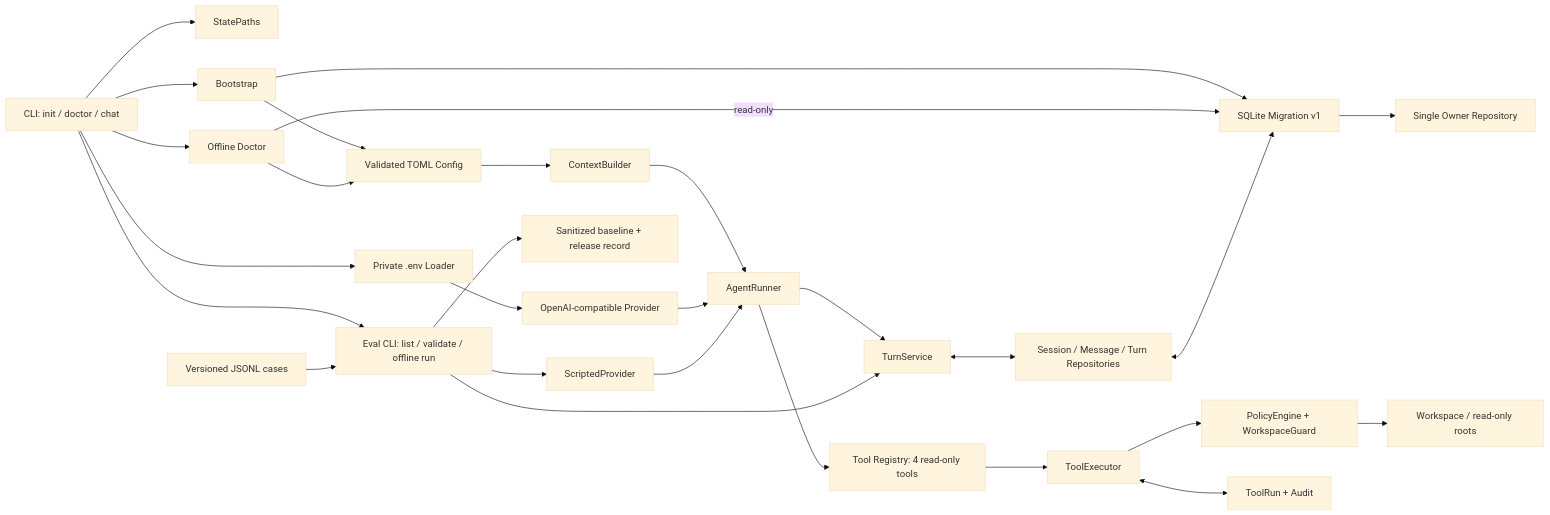
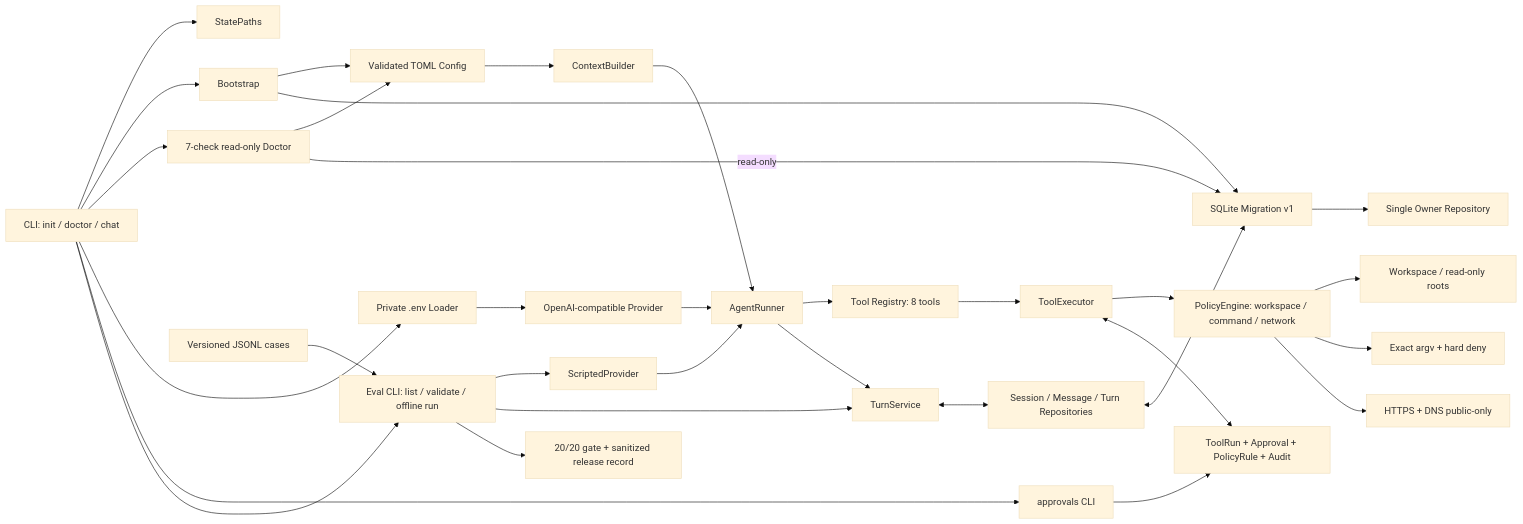
Before and after one commit to NEDONION/lobster0: the first of 5 diagrams in docs/architecture/20260807_系统架构.md, drawn with Mermaid (base theme). The commit also changed other lines of this file and 19 other files, not shown here.

````diff
--- a/docs/architecture/20260807_系统架构.md
+++ b/docs/architecture/20260807_系统架构.md
@@ -8,30 +9,34 @@
 ```mermaid
 flowchart LR
     CLI["CLI: init / doctor / chat"] --> PATHS["StatePaths"]
     CLI --> BOOTSTRAP["Bootstrap"]
     BOOTSTRAP --> CONFIG["Validated TOML Config"]
     BOOTSTRAP --> MIGRATION["SQLite Migration v1"]
     MIGRATION --> OWNER["Single Owner Repository"]
-    CLI --> DOCTOR["Offline Doctor"]
+    CLI --> DOCTOR["7-check read-only Doctor"]
     DOCTOR --> CONFIG
     DOCTOR -->|"read-only"| MIGRATION
     CLI --> ENV["Private .env Loader"]
     ENV --> PROVIDER["OpenAI-compatible Provider"]
     CONFIG --> CONTEXT["ContextBuilder"]
     CONTEXT --> RUNNER["AgentRunner"]
     PROVIDER --> RUNNER
-    RUNNER --> REGISTRY["Tool Registry: 4 read-only tools"]
+    RUNNER --> REGISTRY["Tool Registry: 8 tools"]
     REGISTRY --> EXECUTOR["ToolExecutor"]
-    EXECUTOR --> POLICY["PolicyEngine + WorkspaceGuard"]
-    EXECUTOR <--> TOOLING["ToolRun + Audit"]
+    EXECUTOR --> POLICY["PolicyEngine: workspace / command / network"]
+    EXECUTOR <--> TOOLING["ToolRun + Approval + PolicyRule + Audit"]
     POLICY --> WORKSPACE["Workspace / read-only roots"]
+    POLICY --> COMMAND["Exact argv + hard deny"]
+    POLICY --> NETWORK["HTTPS + DNS public-only"]
+    CLI --> APPROVALS["approvals CLI"]
+    APPROVALS --> TOOLING
     RUNNER --> TURN["TurnService"]
     TURN <--> CONVERSATION["Session / Message / Turn Repositories"]
     CONVERSATION <--> MIGRATION
     CLI --> EVAL["Eval CLI: list / validate / offline run"]
     CASES["Versioned JSONL cases"] --> EVAL
     EVAL --> FAKE["ScriptedProvider"]
     FAKE --> RUNNER
     EVAL --> TURN
-    EVAL --> BASELINE["Sanitized baseline + release record"]
+    EVAL --> BASELINE["20/20 gate + sanitized release record"]
 ```
````
